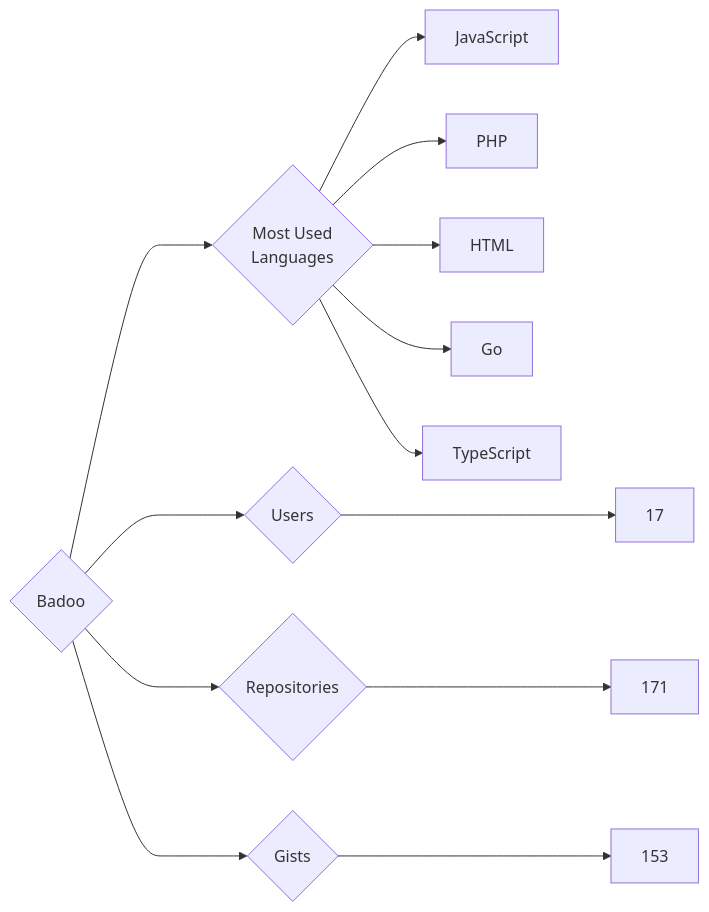
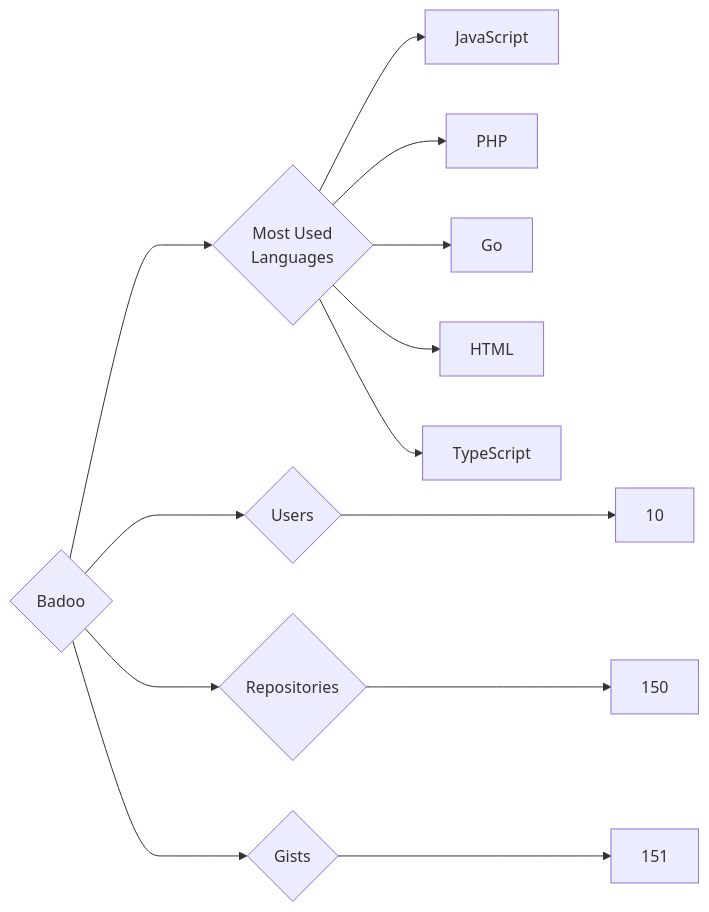
One commit to trickest/insiders changed the diagram in targets/Badoo/README.md. Above: the diagram before and after it, drawn with Mermaid. The commit also changed 614 other files, not shown here.

````diff
--- a/targets/Badoo/README.md
+++ b/targets/Badoo/README.md
@@ -3,13 +3,13 @@
 ```mermaid
 graph LR
 COMPANY_NAME{Badoo}
-COMPANY_NAME ---> U{Users} ---> UN[17]
-COMPANY_NAME ---> R{Repositories} ---> RN[171]
-COMPANY_NAME ---> G{Gists} ---> GN[153]
+COMPANY_NAME ---> U{Users} ---> UN[10]
+COMPANY_NAME ---> R{Repositories} ---> RN[150]
+COMPANY_NAME ---> G{Gists} ---> GN[151]
 COMPANY_NAME ---> ML{Most Used<br>Languages}
 ML --> JavaScript[JavaScript]
 ML --> PHP[PHP]
+ML --> Go[Go]
 ML --> HTML[HTML]
-ML --> Go[Go]
 ML --> TypeScript[TypeScript]
 ```
````
